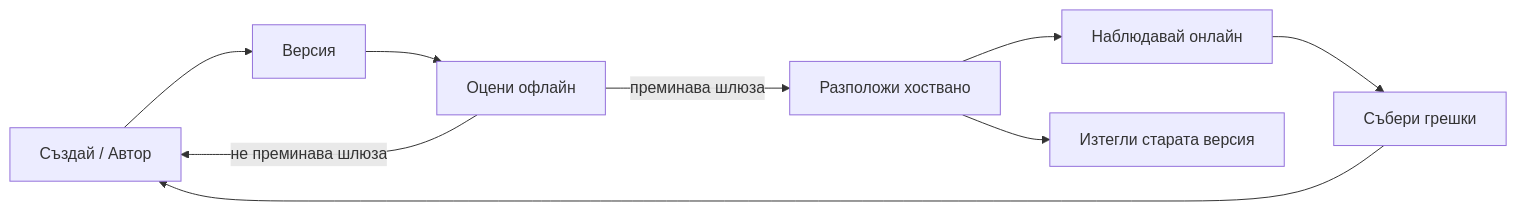
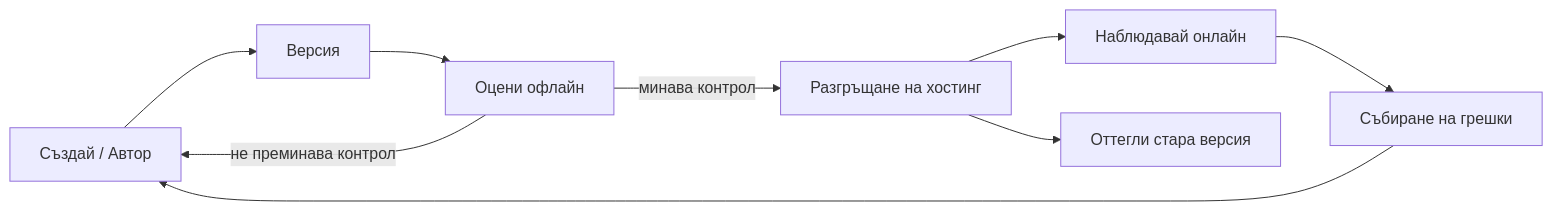
Before and after one commit to microsoft/ai-agents-for-beginners: the second of 4 diagrams in translations/bg/16-deploying-scalable-agents/README.md, drawn with Mermaid. The commit also changed other lines of this file and 46 other files, not shown here.

````diff
--- a/translations/bg/16-deploying-scalable-agents/README.md
+++ b/translations/bg/16-deploying-scalable-agents/README.md
@@ -108,11 +108,11 @@
 ```mermaid
 flowchart LR
     Create[Създай / Автор] --> Version[Версия]
     Version --> Evaluate[Оцени офлайн]
-    Evaluate -->|преминава шлюза| Deploy[Разположи хоствано]
-    Evaluate -->|не преминава шлюза| Create
+    Evaluate -->|минава контрол| Deploy[Разгръщане на хостинг]
+    Evaluate -->|не преминава контрол| Create
     Deploy --> Observe[Наблюдавай онлайн]
-    Observe --> Improve[Събери грешки]
+    Observe --> Improve[Събиране на грешки]
     Improve --> Create
-    Deploy --> Retire[Изтегли старата версия]
+    Deploy --> Retire[Оттегли стара версия]
 ```
````
